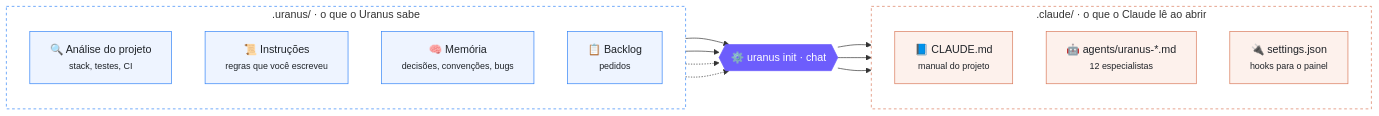
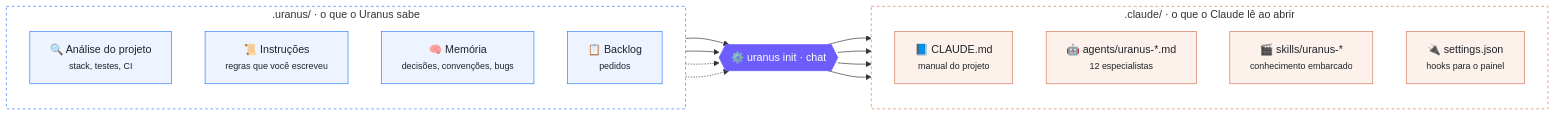
The first of 2 diagrams in docs/guia/03-como-treina-o-claude.md (ruyteer/uranus), drawn with Mermaid before and after one commit. The commit also changed other lines of this file and 11 other files, not shown here.

````diff
--- a/docs/guia/03-como-treina-o-claude.md
+++ b/docs/guia/03-como-treina-o-claude.md
@@ -12,33 +12,35 @@
 ```mermaid
 flowchart LR
     subgraph Fontes[".uranus/ · o que o Uranus sabe"]
         direction TB
         D["🔍 Análise do projeto<br/><small>stack, testes, CI</small>"]
         I["📜 Instruções<br/><small>regras que você escreveu</small>"]
         M["🧠 Memória<br/><small>decisões, convenções, bugs</small>"]
         B["📋 Backlog<br/><small>pedidos</small>"]
     end
     G{{"⚙️ uranus init · chat"}}
     subgraph Claude[".claude/ · o que o Claude lê ao abrir"]
         direction TB
         C["📘 CLAUDE.md<br/><small>manual do projeto</small>"]
         A["🤖 agents/uranus-*.md<br/><small>12 especialistas</small>"]
+        S["🎬 skills/uranus-*<br/><small>conhecimento embarcado</small>"]
         H["🔌 settings.json<br/><small>hooks para o painel</small>"]
     end
     D --> G
     I --> G
     M -.-> G
     B -.-> G
     G --> C
     G --> A
+    G --> S
     G --> H
 
     classDef fonte fill:#eef4ff,stroke:#2f81f7,color:#1f2328
     classDef gen fill:#6d5dfc,stroke:#6d5dfc,color:#ffffff
     classDef alvo fill:#fdf1ec,stroke:#d97757,color:#1f2328
     class D,I,M,B fonte
     class G gen
-    class C,A,H alvo
+    class C,A,S,H alvo
     style Fontes fill:transparent,stroke:#2f81f7,stroke-dasharray:4 4
     style Claude fill:transparent,stroke:#d97757,stroke-dasharray:4 4
 ```
````
